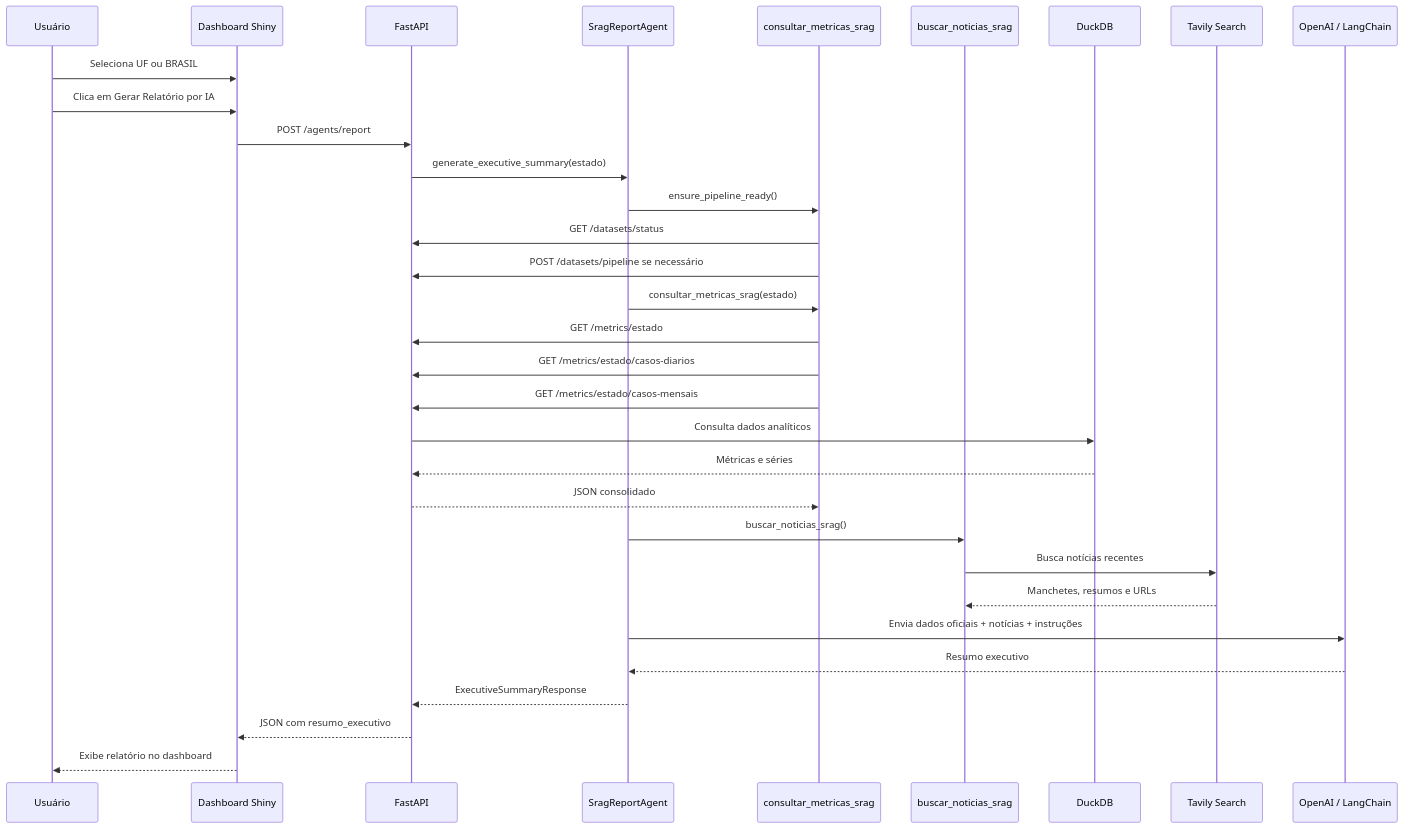
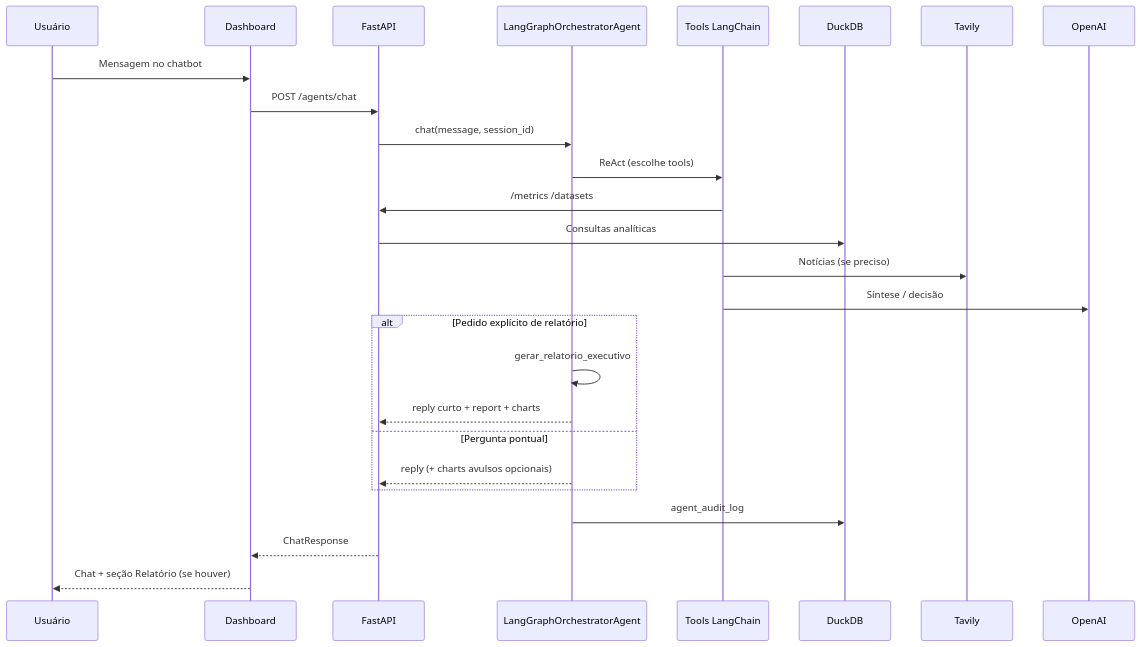
Before and after one commit to johnwsl/srag-data-health-agent-monitor: the second of 2 diagrams in docs/arquitetura_solucao_srag.md, drawn with Mermaid. The commit also changed other lines of this file and 6 other files, not shown here.

````diff
--- a/docs/arquitetura_solucao_srag.md
+++ b/docs/arquitetura_solucao_srag.md
@@ -154,35 +111,29 @@
 ```mermaid
 sequenceDiagram
     participant U as Usuário
-    participant F as Dashboard Shiny
+    participant F as Dashboard
     participant A as FastAPI
-    participant O as SragReportAgent
-    participant MT as consultar_metricas_srag
-    participant NT as buscar_noticias_srag
+    participant O as LangGraphOrchestratorAgent
+    participant Tools as Tools LangChain
     participant DB as DuckDB
-    participant TV as Tavily Search
-    participant L as OpenAI / LangChain
+    participant TV as Tavily
+    participant L as OpenAI
 
-    U->>F: Seleciona UF ou BRASIL
-    U->>F: Clica em Gerar Relatório por IA
-    F->>A: POST /agents/report
-    A->>O: generate_executive_summary(estado)
-    O->>MT: ensure_pipeline_ready()
-    MT->>A: GET /datasets/status
-    MT->>A: POST /datasets/pipeline se necessário
-    O->>MT: consultar_metricas_srag(estado)
-    MT->>A: GET /metrics/estado
-    MT->>A: GET /metrics/estado/casos-diarios
-    MT->>A: GET /metrics/estado/casos-mensais
-    A->>DB: Consulta dados analíticos
-    DB-->>A: Métricas e séries
-    A-->>MT: JSON consolidado
-    O->>NT: buscar_noticias_srag()
-    NT->>TV: Busca notícias recentes
-    TV-->>NT: Manchetes, resumos e URLs
-    O->>L: Envia dados oficiais + notícias + instruções
-    L-->>O: Resumo executivo
-    O-->>A: ExecutiveSummaryResponse
-    A-->>F: JSON com resumo_executivo
-    F-->>U: Exibe relatório no dashboard
+    U->>F: Mensagem no chatbot
+    F->>A: POST /agents/chat
+    A->>O: chat(message, session_id)
+    O->>Tools: ReAct (escolhe tools)
+    Tools->>A: /metrics /datasets
+    A->>DB: Consultas analíticas
+    Tools->>TV: Notícias (se preciso)
+    Tools->>L: Síntese / decisão
+    alt Pedido explícito de relatório
+        O->>O: gerar_relatorio_executivo
+        O-->>A: reply curto + report + charts
+    else Pergunta pontual
+        O-->>A: reply (+ charts avulsos opcionais)
+    end
+    O->>DB: agent_audit_log
+    A-->>F: ChatResponse
+    F-->>U: Chat + seção Relatório (se houver)
 ```
````
